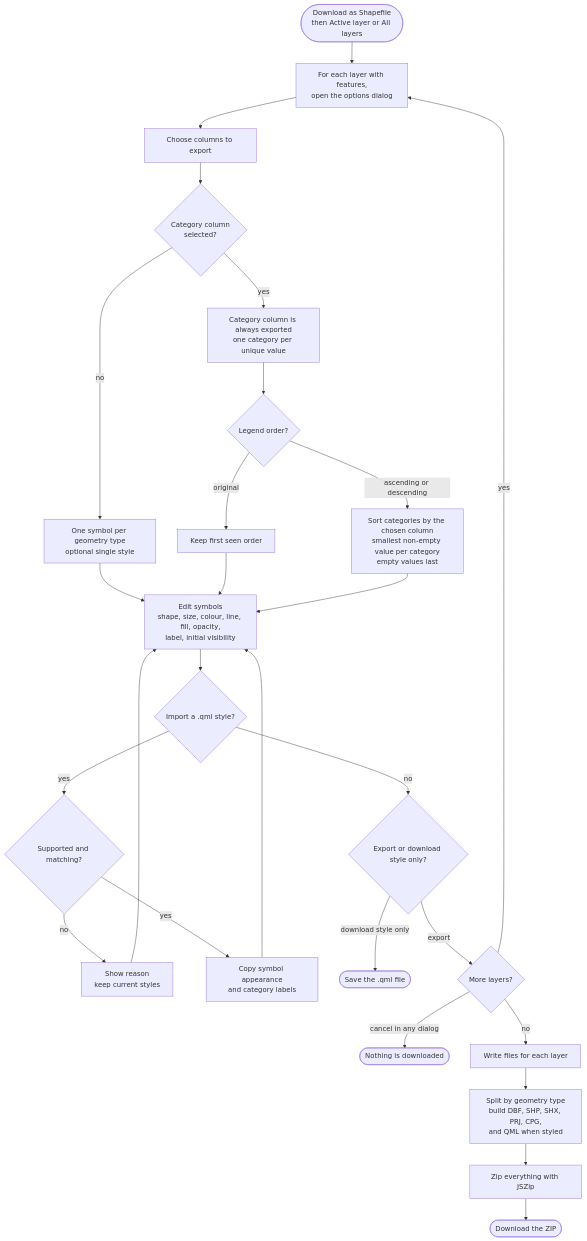
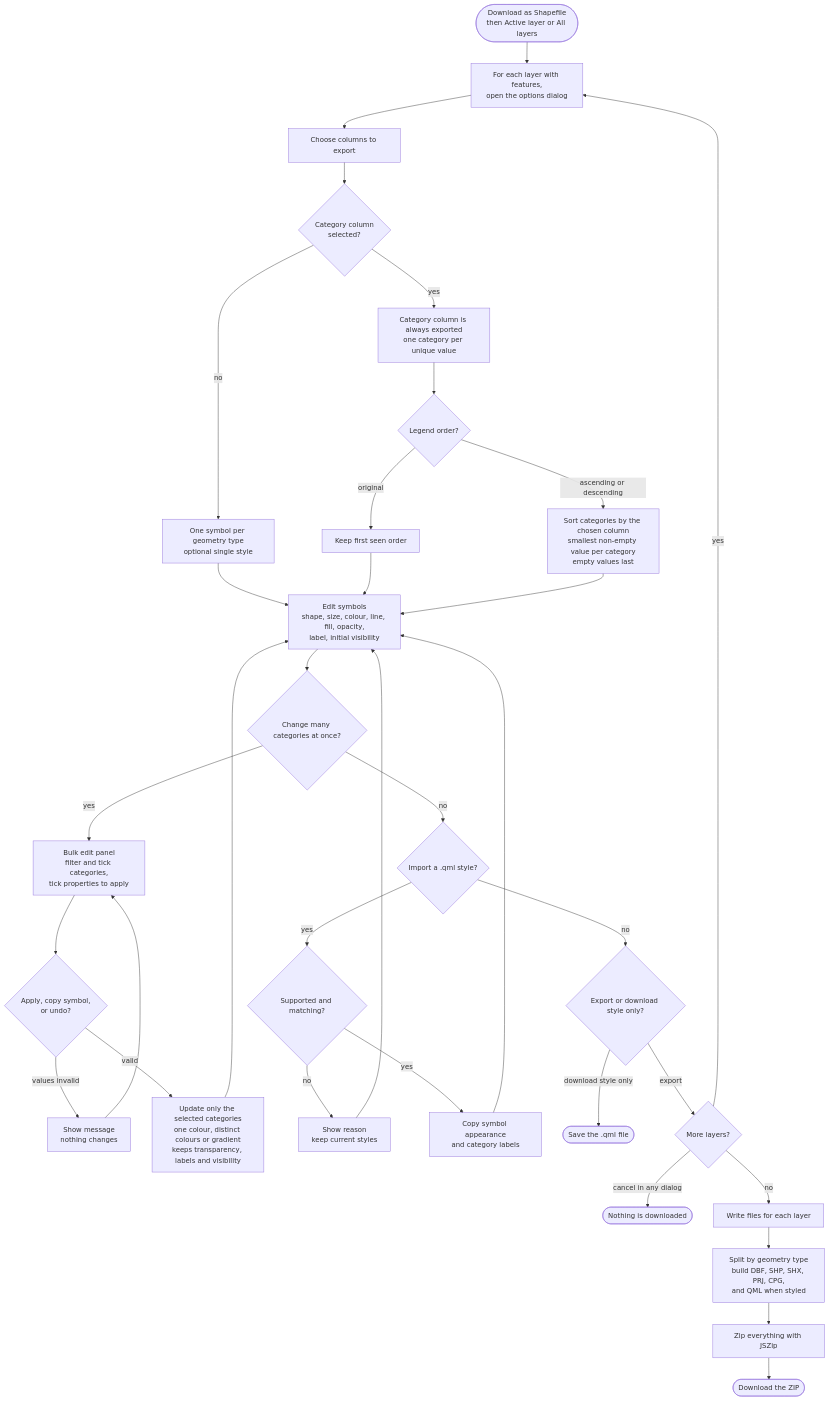
The fifth of 7 diagrams in FLOWCHART.md (telstra-joseph/geoeditor), drawn with Mermaid before and after one commit. The commit also changed 6 other files, not shown here.

````diff
--- a/FLOWCHART.md
+++ b/FLOWCHART.md
@@ -123,35 +123,42 @@
 ```mermaid
 flowchart TD
     A(["Download as Shapefile<br/>then Active layer or All layers"]) --> B["For each layer with features,<br/>open the options dialog"]
     B --> C["Choose columns to export"]
     C --> D{"Category column<br/>selected?"}
 
     D -->|"no"| E["One symbol per geometry type<br/>optional single style"]
     D -->|"yes"| F["Category column is always exported<br/>one category per unique value"]
 
     F --> G{"Legend order?"}
     G -->|"original"| H["Keep first seen order"]
     G -->|"ascending or descending"| I["Sort categories by the chosen column<br/>smallest non-empty value per category<br/>empty values last"]
 
     E --> J["Edit symbols<br/>shape, size, colour, line, fill, opacity,<br/>label, initial visibility"]
     H --> J
     I --> J
 
-    J --> K{"Import a .qml style?"}
+    J --> BK{"Change many categories at once?"}
+    BK -->|"yes"| BL["Bulk edit panel<br/>filter and tick categories,<br/>tick properties to apply"]
+    BL --> BM{"Apply, copy symbol,<br/>or undo?"}
+    BM -->|"values invalid"| BN["Show message<br/>nothing changes"]
+    BN --> BL
+    BM -->|"valid"| BO["Update only the selected categories<br/>one colour, distinct colours or gradient<br/>keeps transparency, labels and visibility"]
+    BO --> J
+    BK -->|"no"| K{"Import a .qml style?"}
     K -->|"yes"| L{"Supported and matching?"}
     L -->|"no"| M["Show reason<br/>keep current styles"]
     M --> J
     L -->|"yes"| N["Copy symbol appearance<br/>and category labels"]
     N --> J
     K -->|"no"| O{"Export or download style only?"}
 
     O -->|"download style only"| P(["Save the .qml file"])
     O -->|"export"| Q{"More layers?"}
     Q -->|"yes"| B
     Q -->|"cancel in any dialog"| R(["Nothing is downloaded"])
     Q -->|"no"| S["Write files for each layer"]
 
     S --> T["Split by geometry type<br/>build DBF, SHP, SHX, PRJ, CPG,<br/>and QML when styled"]
     T --> U["Zip everything with JSZip"]
     U --> V(["Download the ZIP"])
 ```
````
